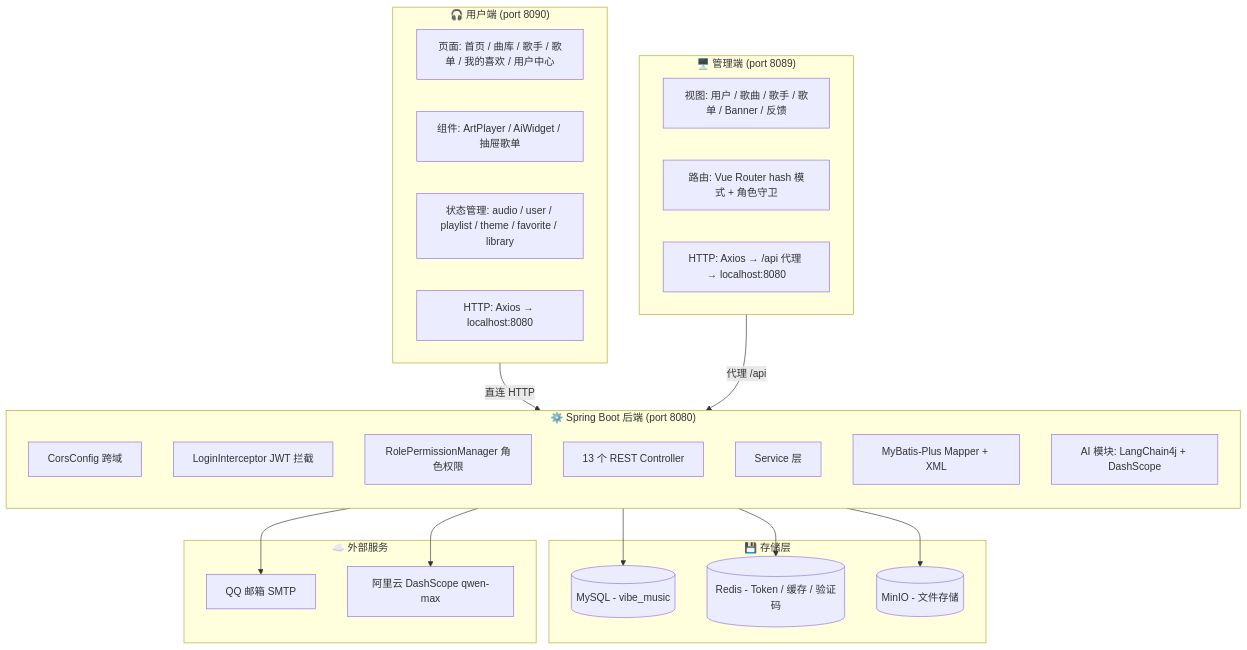
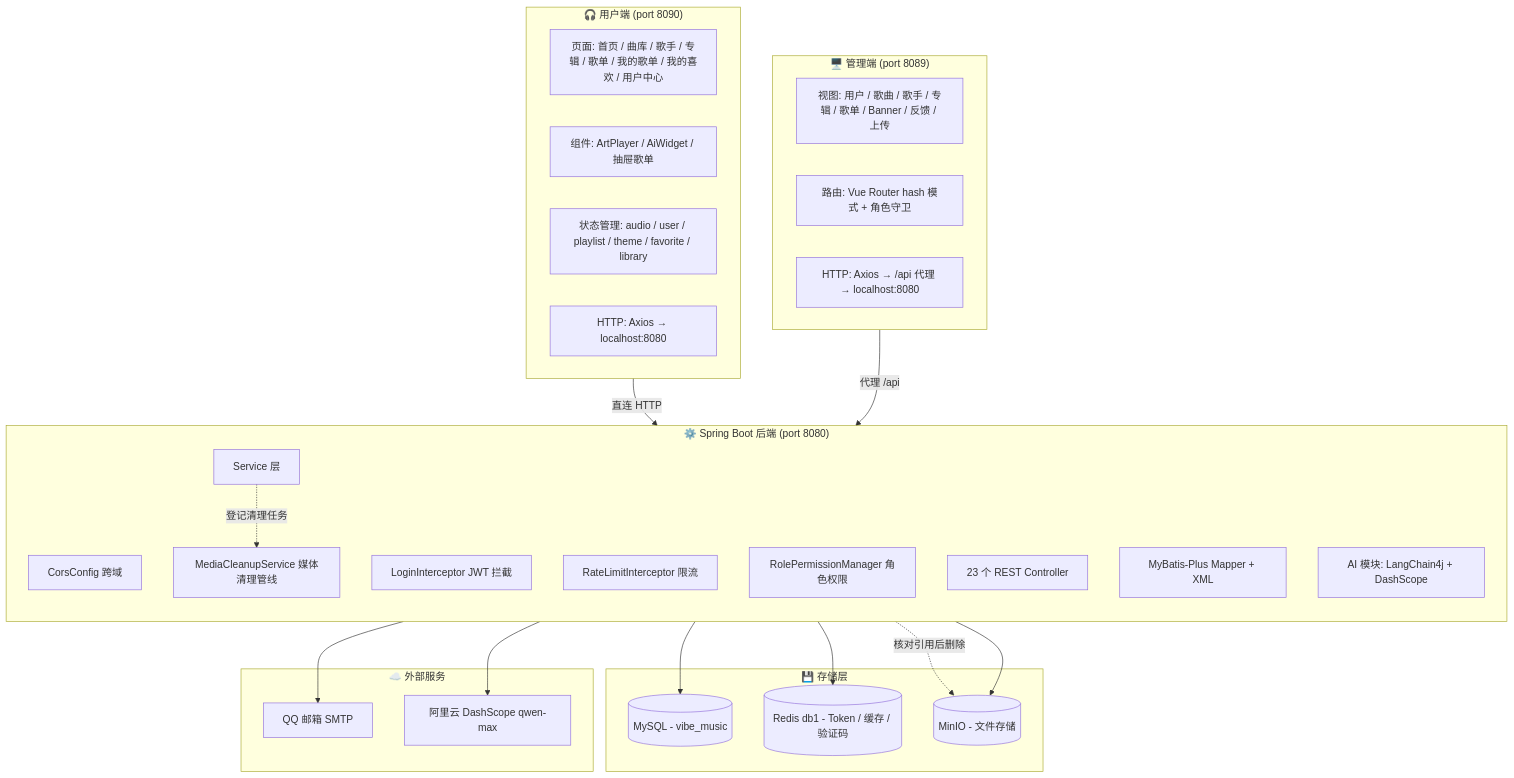
The first of 6 diagrams in README.md (jakehatelov333/music), drawn with Mermaid before and after one commit. The commit also changed other lines of this file, not shown here.

````diff
--- a/README.md
+++ b/README.md
@@ -17,45 +20,49 @@
 ```mermaid
 graph TB
     subgraph 用户端["🎧 用户端 (port 8090)"]
-        U_Pages[页面: 首页 / 曲库 / 歌手 / 歌单 / 我的喜欢 / 用户中心]
+        U_Pages[页面: 首页 / 曲库 / 歌手 / 专辑 / 歌单 / 我的歌单 / 我的喜欢 / 用户中心]
         U_Components[组件: ArtPlayer / AiWidget / 抽屉歌单]
         U_Stores[状态管理: audio / user / playlist / theme / favorite / library]
         U_Axios[HTTP: Axios → localhost:8080]
     end
 
     subgraph 管理端["🖥️ 管理端 (port 8089)"]
-        A_Views[视图: 用户 / 歌曲 / 歌手 / 歌单 / Banner / 反馈]
+        A_Views[视图: 用户 / 歌曲 / 歌手 / 专辑 / 歌单 / Banner / 反馈 / 上传]
         A_Router[路由: Vue Router hash 模式 + 角色守卫]
         A_API[HTTP: Axios → /api 代理 → localhost:8080]
     end
 
     subgraph 后端["⚙️ Spring Boot 后端 (port 8080)"]
         direction TB
         CORS[CorsConfig 跨域]
         JWT[LoginInterceptor JWT 拦截]
+        Rate[RateLimitInterceptor 限流]
         Role[RolePermissionManager 角色权限]
-        Ctrl[13 个 REST Controller]
+        Ctrl[23 个 REST Controller]
         Service[Service 层]
+        Clean[MediaCleanupService 媒体清理管线]
         Mapper[MyBatis-Plus Mapper + XML]
         AI[AI 模块: LangChain4j + DashScope]
     end
 
     subgraph 存储层["💾 存储层"]
         MySQL[(MySQL - vibe_music)]
-        Redis[(Redis - Token / 缓存 / 验证码)]
+        Redis[(Redis db1 - Token / 缓存 / 验证码)]
         MinIO[(MinIO - 文件存储)]
     end
 
     subgraph 外部服务["☁️ 外部服务"]
         QQ_Email[QQ 邮箱 SMTP]
         DashScope[阿里云 DashScope qwen-max]
     end
 
     用户端 -->|直连 HTTP| 后端
     管理端 -->|代理 /api| 后端
     后端 --> MySQL
     后端 --> Redis
     后端 --> MinIO
     后端 --> QQ_Email
     AI --> DashScope
+    Service -.登记清理任务.-> Clean
+    Clean -.核对引用后删除.-> MinIO
 ```
````
